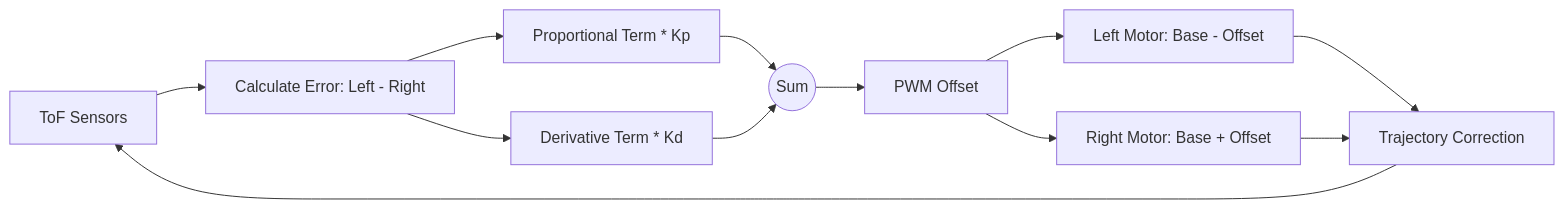
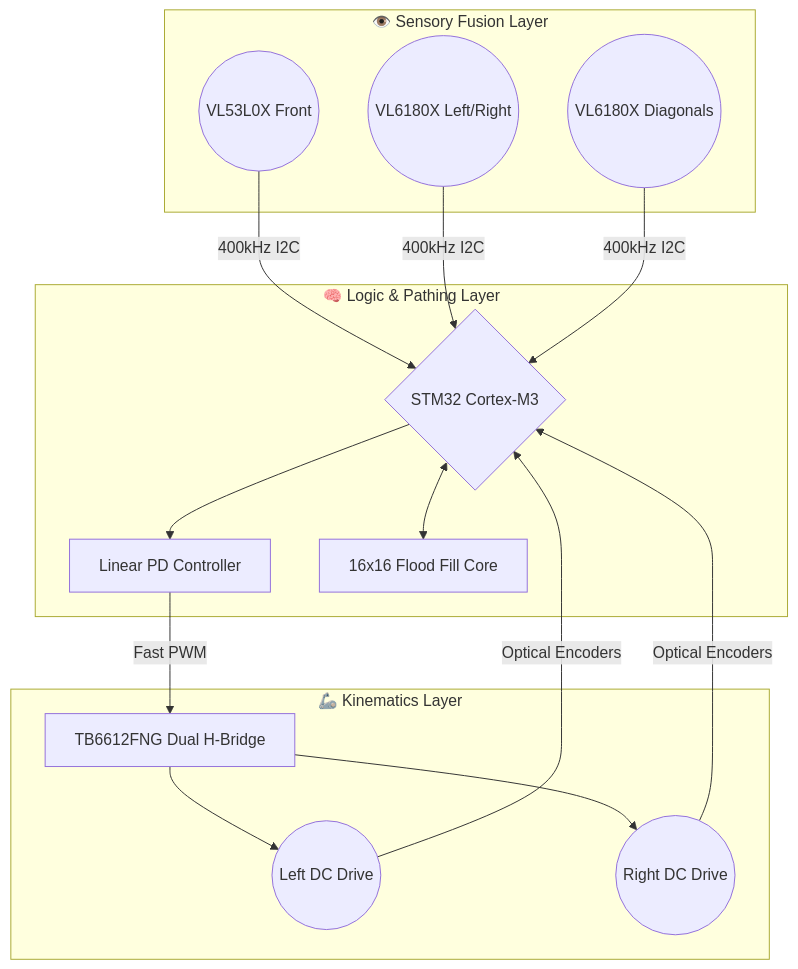
The diagram in README.md (gowthamnow/Autonomous-Navigator-with-Algorythms), drawn with Mermaid before and after one commit. The commit also changed other lines of this file, not shown here.

````diff
--- a/README.md
+++ b/README.md
@@ -115,14 +34,27 @@
 ```mermaid
-flowchart LR
-    A[ToF Sensors] --> B[Calculate Error: Left - Right]
-    B --> C[Proportional Term * Kp]
-    B --> D[Derivative Term * Kd]
-    C --> E((Sum))
+graph TD
+    subgraph PERCEPTION ["👁️ Sensory Fusion Layer"]
+        A((VL53L0X Front))
+        B((VL6180X Left/Right))
+        C((VL6180X Diagonals))
+    end
+    
+    subgraph COGNITION ["🧠 Logic & Pathing Layer"]
+        D{STM32 Cortex-M3}
+        E[Linear PD Controller]
+        F[16x16 Flood Fill Core]
+    end
+    
+    subgraph ACTUATION ["🦾 Kinematics Layer"]
+        G[TB6612FNG Dual H-Bridge]
+        H((Left DC Drive))
+        I((Right DC Drive))
+    end
+
+    A & B & C -- 400kHz I2C --> D
+    D <--> F
     D --> E
-    E --> F[PWM Offset]
-    F --> G[Left Motor: Base - Offset]
-    F --> H[Right Motor: Base + Offset]
-    G --> I[Trajectory Correction]
-    H --> I
-    I --> A
+    E -- Fast PWM --> G
+    G --> H & I
+    H & I -- Optical Encoders --> D
 ```
````
